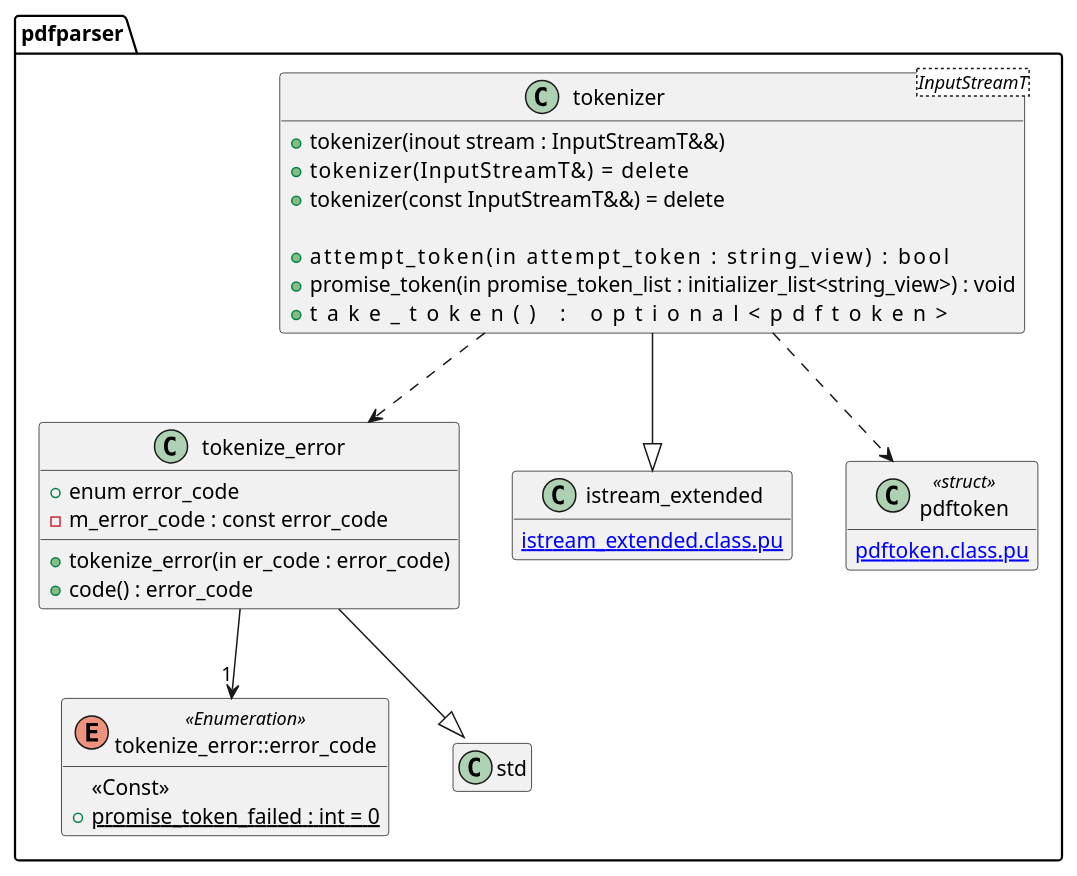
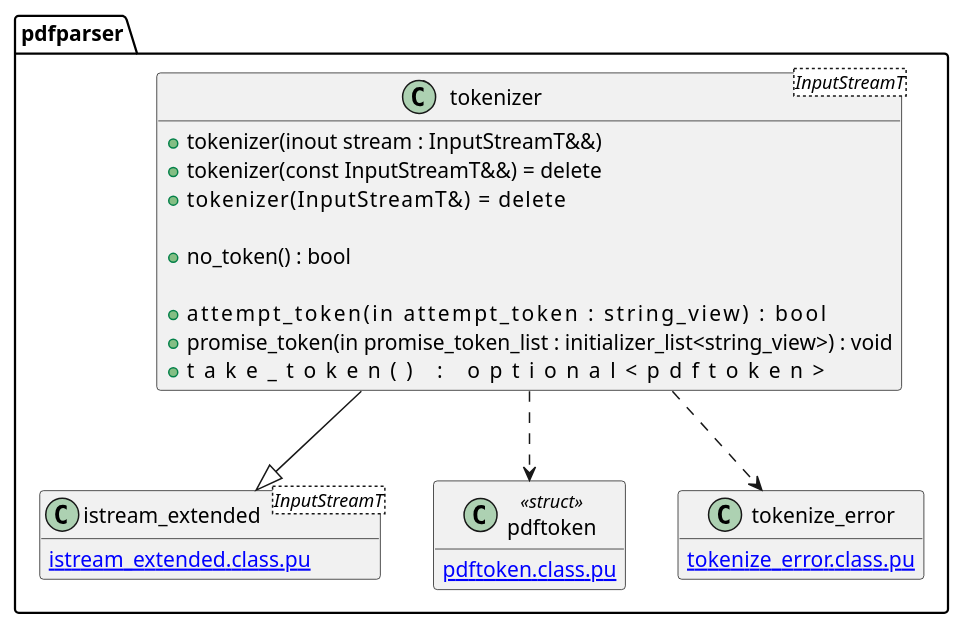
Before and after one commit to KodaiYM/PDFReader: the diagram in document/tokenizer.class.pu, drawn with PlantUML. The commit also changed 2 other files, not shown here.

Commit message:
tokenizer に no_token の追加、および character_types の仕様変更に伴って修正

```diff
--- a/document/tokenizer.class.pu
+++ b/document/tokenizer.class.pu
@@ -1,38 +1,29 @@
 @startuml tokenizer
 hide empty members
 namespace pdfparser {
-enum tokenize_error::error_code <<Enumeration>> {
-	<<Const>>
-	+{static} promise_token_failed : int = 0
-}
-class tokenize_error {
-	+enum error_code
-	-m_error_code : const error_code
-
-	+tokenize_error(in er_code : error_code)
-	+code() : error_code
-}
-tokenize_error --|> std::runtime_error
-tokenize_error --> "1" tokenize_error::error_code
-
 class tokenizer<InputStreamT> {
 	+tokenizer(inout stream : InputStreamT&&)
+	+tokenizer(const InputStreamT&&) = delete
 	+tokenizer(InputStreamT&)        = delete
-	+tokenizer(const InputStreamT&&) = delete
+
+	+no_token() : bool
 
 	+attempt_token(in attempt_token : string_view)                        : bool
 	+promise_token(in promise_token_list : initializer_list<string_view>) : void
 	+take_token()                                                         : optional<pdftoken>
 }
 tokenizer --|> istream_extended
 tokenizer ..> pdftoken
 tokenizer ..> tokenize_error
 
-class istream_extended {
+class istream_extended<InputStreamT> {
 	[[istream_extended.class.pu]]
 }
 class pdftoken <<struct>> {
 	[[pdftoken.class.pu]]
 }
+class tokenize_error {
+	[[tokenize_error.class.pu]]
+}
 }
 @enduml
```
